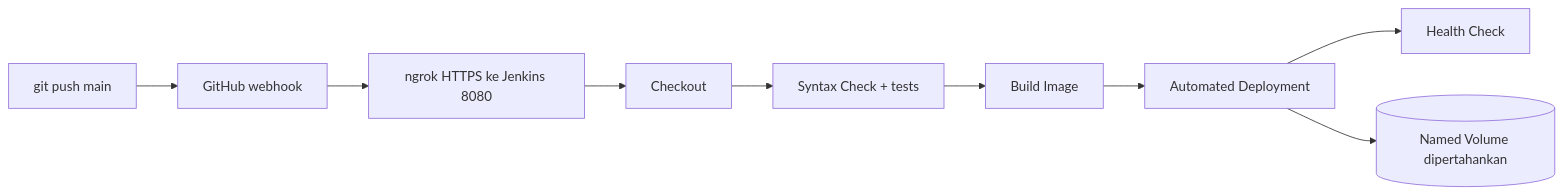
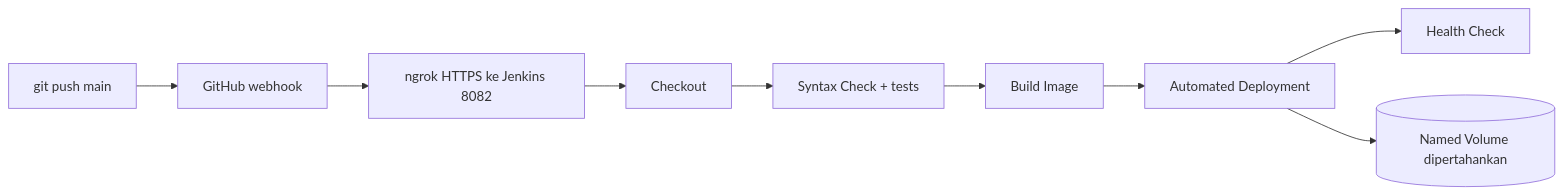
The second of 2 diagrams in README.md (StevenRomallo/Tel-U-Campus-Vote-Kelompok-G), drawn with Mermaid before and after one commit. The commit also changed other lines of this file and 2 other files, not shown here.

Commit message:
Set Jenkins deploy path for dedicated controller

````diff
--- a/README.md
+++ b/README.md
@@ -272,11 +272,11 @@
 ```mermaid
 flowchart LR
   P[git push main] --> G[GitHub webhook]
-  G --> T[ngrok HTTPS ke Jenkins 8080]
+  G --> T[ngrok HTTPS ke Jenkins 8082]
   T --> C[Checkout]
   C --> S[Syntax Check + tests]
   S --> B[Build Image]
   B --> A[Automated Deployment]
   A --> H[Health Check]
   A --> V[(Named Volume dipertahankan)]
 ```
````
